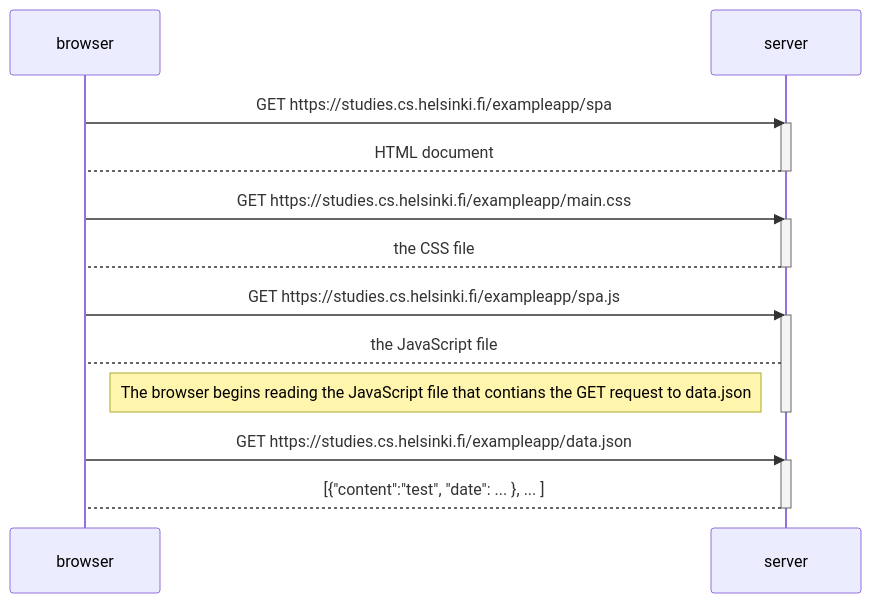
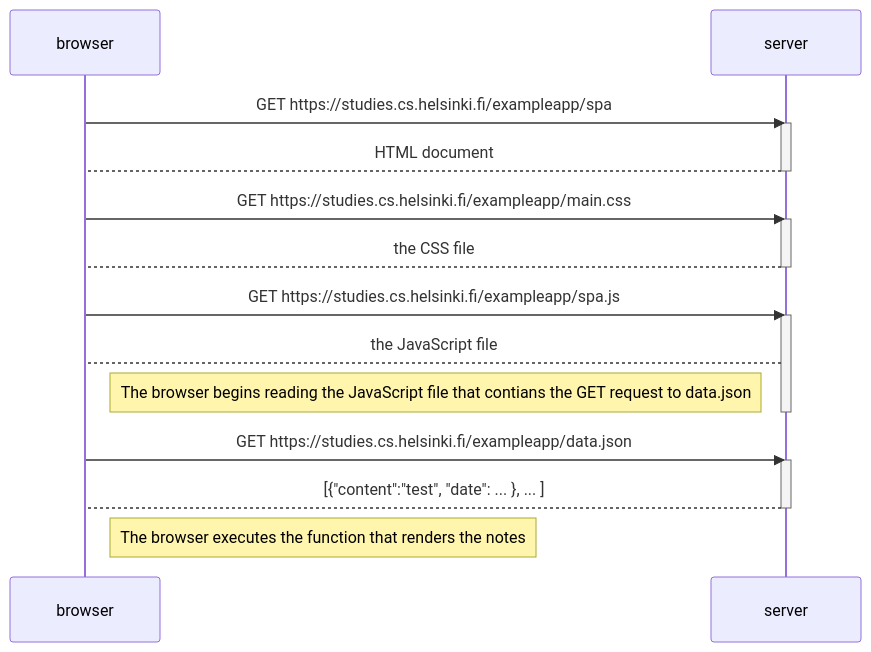
One commit to jmjstone/full-stack-open changed the diagram in part0/0.5/sequence.md. Above: the diagram before and after it, drawn with Mermaid.

Commit message:
comment added to seq diagram 0.5

````diff
--- a/part0/0.5/sequence.md
+++ b/part0/0.5/sequence.md
@@ -3,26 +3,27 @@
 ```mermaid
 sequenceDiagram
     participant browser
     participant server
 
     browser->>server: GET https://studies.cs.helsinki.fi/exampleapp/spa
     activate server
     server-->browser: HTML document
     deactivate server
 
     browser->>server: GET https://studies.cs.helsinki.fi/exampleapp/main.css
     activate server
     server-->browser: the CSS file
     deactivate server
 
     browser->>server: GET https://studies.cs.helsinki.fi/exampleapp/spa.js
     activate server
     server-->browser: the JavaScript file
     Note right of browser: The browser begins reading the JavaScript file that contians the GET request to data.json
     deactivate server
 
     browser->>server: GET https://studies.cs.helsinki.fi/exampleapp/data.json
     activate server
     server-->browser: [{"content":"test", "date": ... }, ... ]
     deactivate server
+    Note right of browser: The browser executes the function that renders the notes
 ```
````
